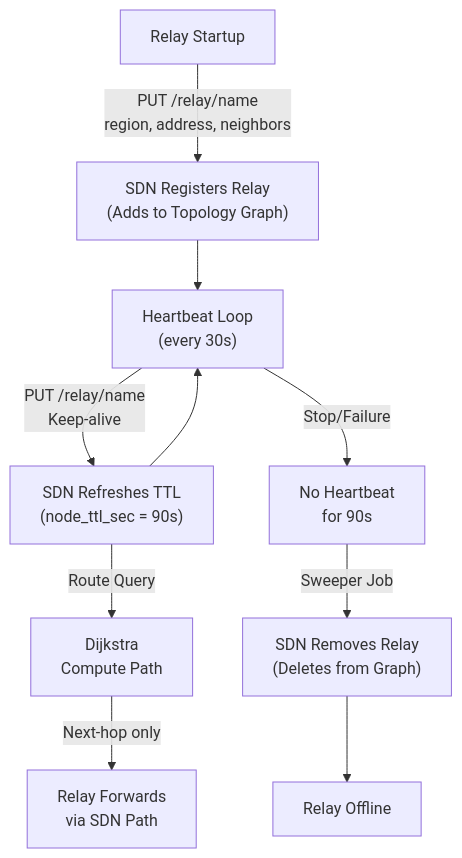
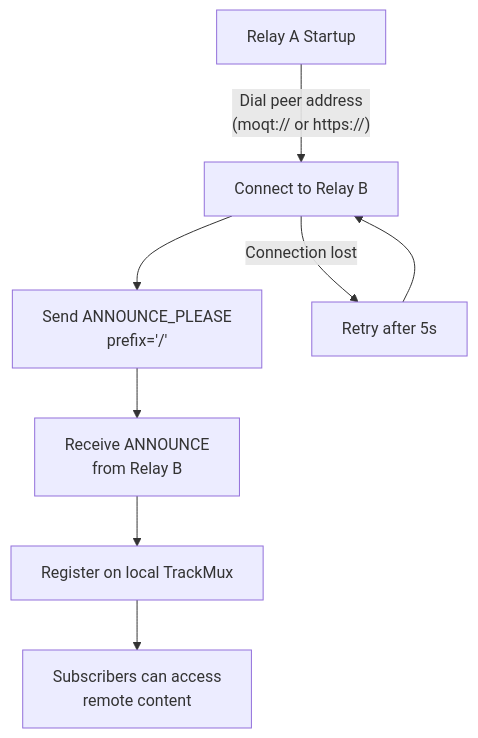
The second of 2 diagrams in README.md (okdaichi/qumo), drawn with Mermaid before and after one commit. The commit also changed other lines of this file and 8 other files, not shown here.

Commit message:
feat: update CI workflows and documentation for peer-based relay support

````diff
--- a/README.md
+++ b/README.md
@@ -173,12 +139,10 @@
 ```mermaid
 graph TD
-    A["Relay Startup"] -->|PUT /relay/name<br/>region, address, neighbors| B["SDN Registers Relay<br/>(Adds to Topology Graph)"]
-    B --> C["Heartbeat Loop<br/>(every 30s)"]
-    C -->|PUT /relay/name<br/>Keep-alive| D["SDN Refreshes TTL<br/>(node_ttl_sec = 90s)"]
-    D --> C
-    C -->|Stop/Failure| E["No Heartbeat<br/>for 90s"]
-    E -->|Sweeper Job| F["SDN Removes Relay<br/>(Deletes from Graph)"]
-    F --> G["Relay Offline"]
-    D -->|Route Query| H["Dijkstra<br/>Compute Path"]
-    H -->|Next-hop only| I["Relay Forwards<br/>via SDN Path"]
+    A["Relay A Startup"] -->|"Dial peer address<br/>(moqt:// or https://)"| B["Connect to Relay B"]
+    B --> C["Send ANNOUNCE_PLEASE<br/>prefix='/'"]
+    C --> D["Receive ANNOUNCE<br/>from Relay B"]
+    D --> E["Register on local TrackMux"]
+    E --> F["Subscribers can access<br/>remote content"]
+    B -->|"Connection lost"| G["Retry after 5s"]
+    G --> B
 ```
````
